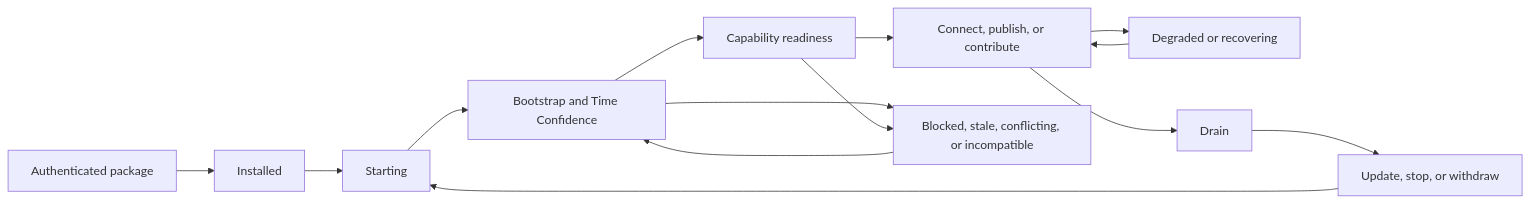
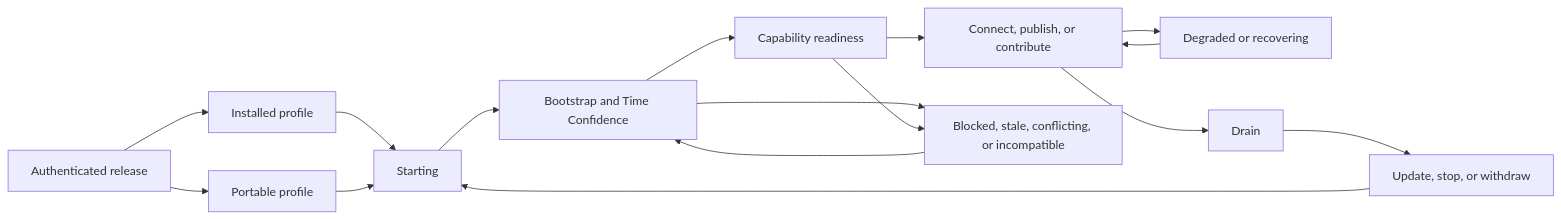
Before and after one commit to dianabuilds/ardents-network: the diagram in docs/product/operating-model.md, drawn with Mermaid. The commit also changed other lines of this file and 54 other files, not shown here.

````diff
--- a/docs/product/operating-model.md
+++ b/docs/product/operating-model.md
@@ -26,16 +26,18 @@
 ```mermaid
 flowchart LR
-    A["Authenticated package"] --> B["Installed"]
+    A["Authenticated release"] --> B["Installed profile"]
+    A --> P["Portable profile"]
     B --> C["Starting"]
+    P --> C
     C --> D["Bootstrap and Time Confidence"]
     D --> E["Capability readiness"]
     E --> F["Connect, publish, or contribute"]
     F --> G["Degraded or recovering"]
     G --> F
     F --> H["Drain"]
     H --> I["Update, stop, or withdraw"]
     I --> C
     D --> X["Blocked, stale, conflicting, or incompatible"]
     E --> X
     X --> D
 ```
````
